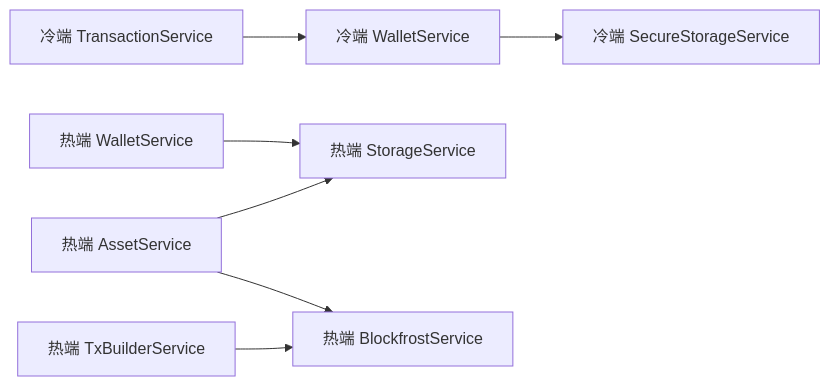
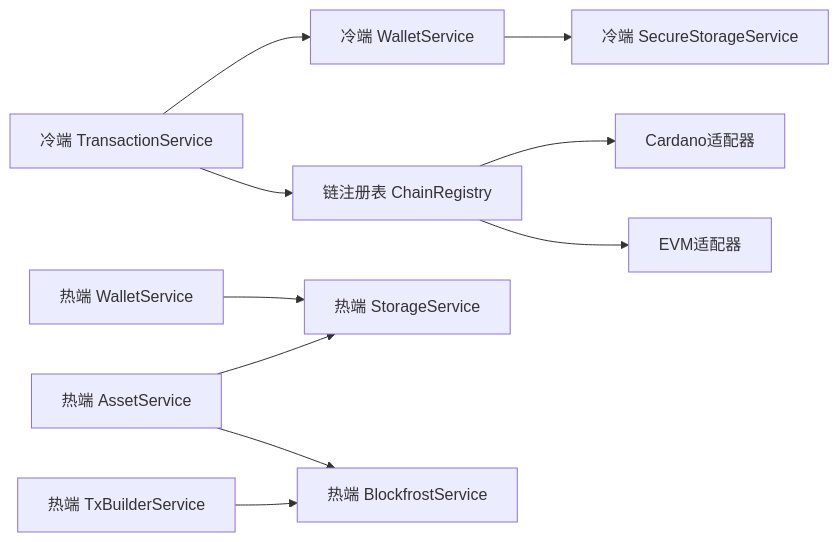
One commit to EqualToEthan/stasis changed the seventh of 7 diagrams in .qoder/repowiki/zh/content/架构设计/服务层架构.md. Above: the diagram before and after it, drawn with Mermaid. The commit also changed other lines of this file and 40 other files, not shown here.

````diff
--- a/.qoder/repowiki/zh/content/架构设计/服务层架构.md
+++ b/.qoder/repowiki/zh/content/架构设计/服务层架构.md
@@ -360,9 +537,12 @@
 ```mermaid
 graph LR
 WS_A["冷端 WalletService"] --> SS_A["冷端 SecureStorageService"]
 TS_A["冷端 TransactionService"] --> WS_A
+TS_A --> CR["链注册表 ChainRegistry"]
+CR --> CA["Cardano适配器"]
+CR --> EA["EVM适配器"]
 WS_B["热端 WalletService"] --> ST_B["热端 StorageService"]
 AS["热端 AssetService"] --> BF["热端 BlockfrostService"]
 AS --> ST_B
 TB["热端 TxBuilderService"] --> BF
 ```
````
